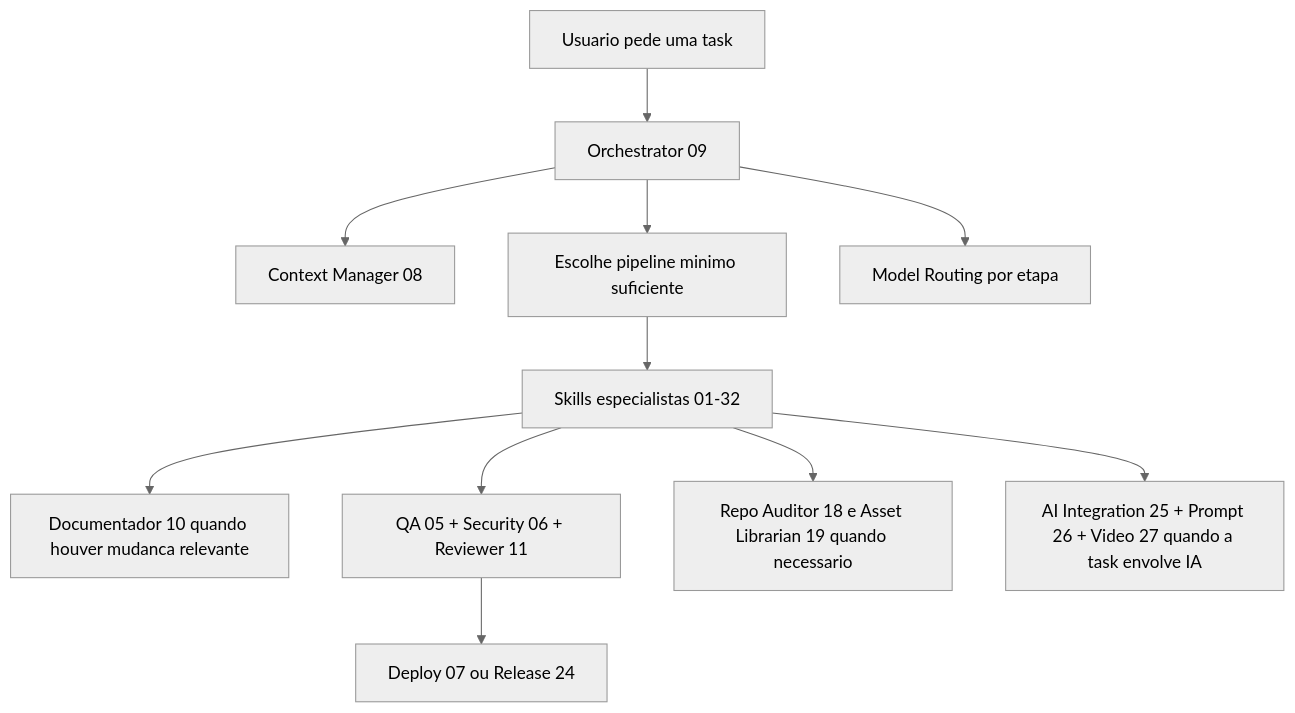
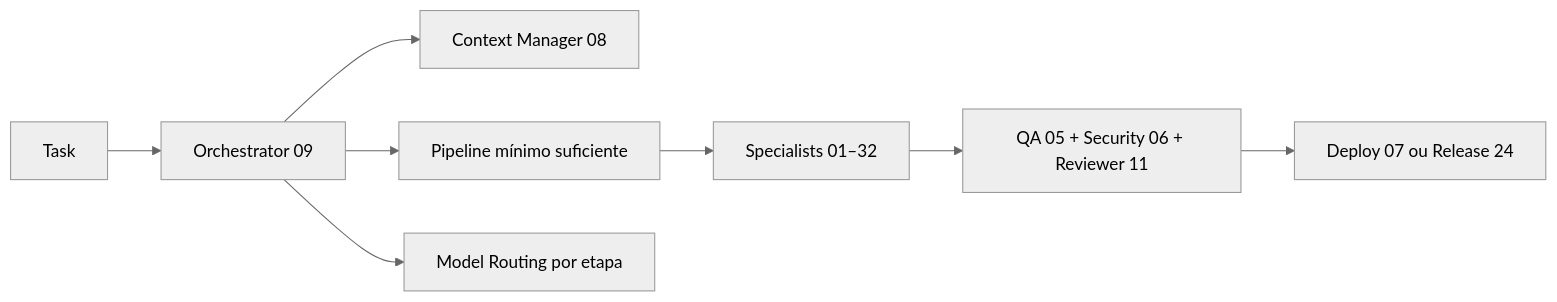
One commit to felvieira/claude-skills-fv changed the diagram in README.md. Above: the diagram before and after it, drawn with Mermaid (neutral theme). The commit also changed other lines of this file and 2 other files, not shown here.

````diff
--- a/README.md
+++ b/README.md
@@ -109,13 +153,10 @@
 ```mermaid
-flowchart TD
-    A[Usuario pede uma task] --> B[Orchestrator 09]
+flowchart LR
+    A[Task] --> B[Orchestrator 09]
     B --> C[Context Manager 08]
-    B --> D[Escolhe pipeline minimo suficiente]
-    D --> E[Skills especialistas 01-32]
-    E --> F[Documentador 10 quando houver mudanca relevante]
-    E --> G[QA 05 + Security 06 + Reviewer 11]
-    G --> H[Deploy 07 ou Release 24]
-    B --> I[Model Routing por etapa]
-    E --> J[Repo Auditor 18 e Asset Librarian 19 quando necessario]
-    E --> K[AI Integration 25 + Prompt 26 + Video 27 quando a task envolve IA]
+    B --> D[Pipeline mínimo suficiente]
+    D --> E[Specialists 01–32]
+    E --> F[QA 05 + Security 06 + Reviewer 11]
+    F --> G[Deploy 07 ou Release 24]
+    B --> H[Model Routing por etapa]
 ```
````
